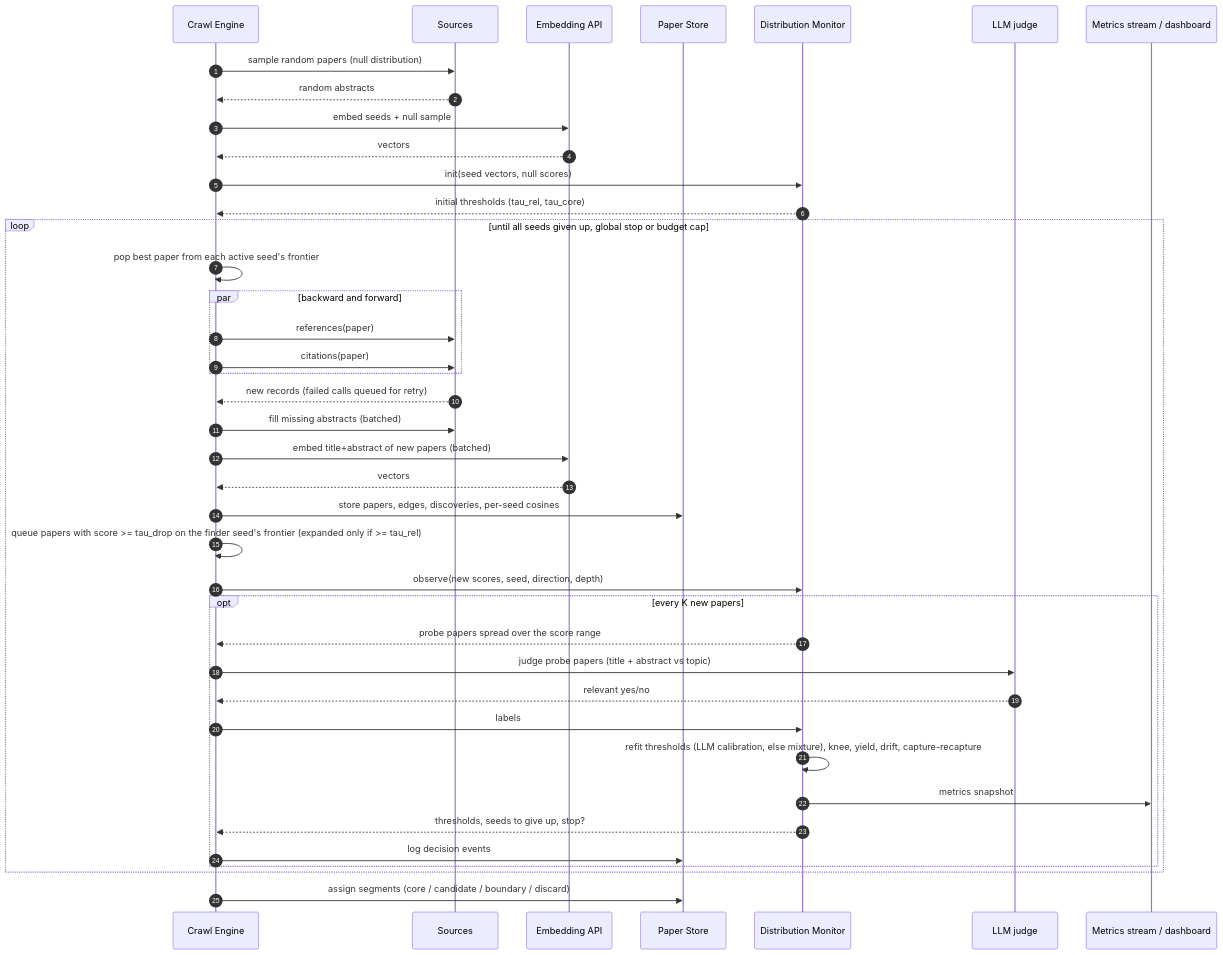
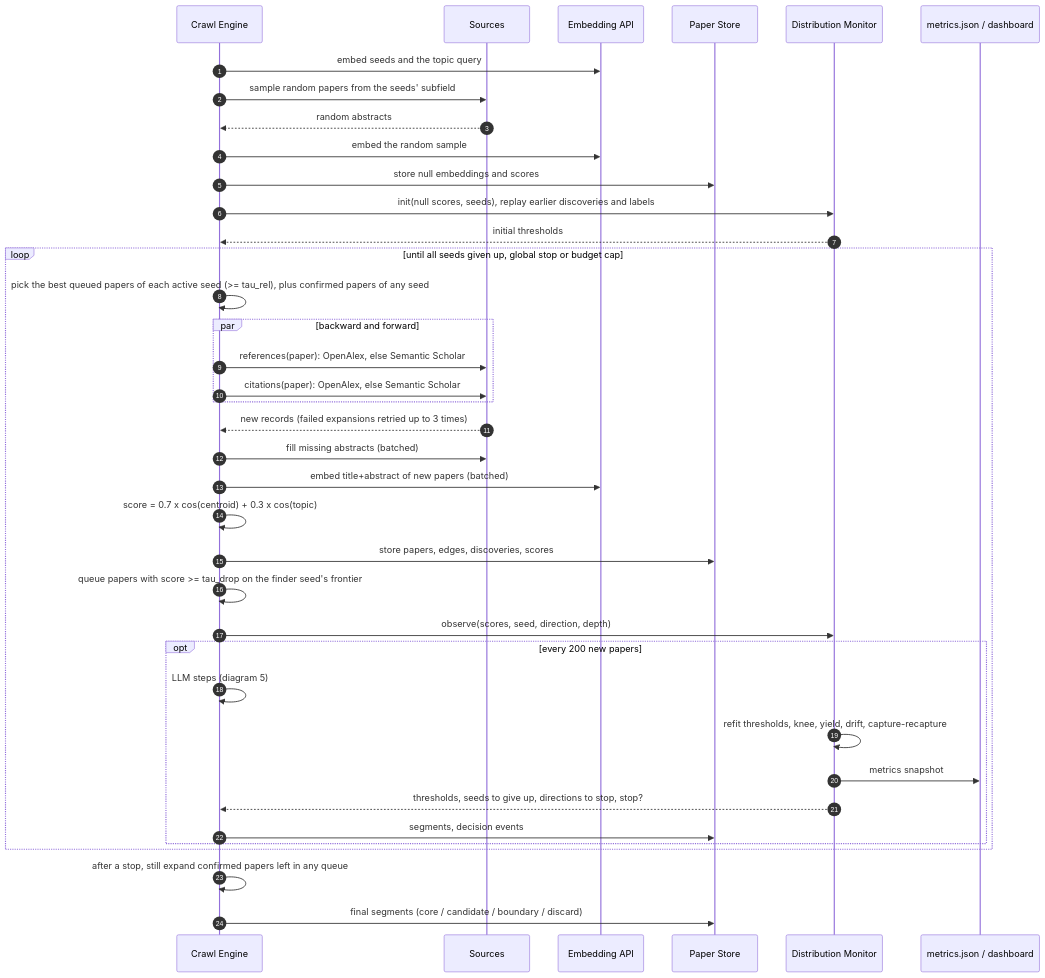
The fourth of 6 diagrams in docs/sequence-diagrams.md (soorimess/litscout), drawn with Mermaid before and after one commit. The commit also changed other lines of this file and 14 other files, not shown here.

````diff
--- a/docs/sequence-diagrams.md
+++ b/docs/sequence-diagrams.md
@@ -68,43 +102,41 @@
 ```mermaid
 sequenceDiagram
     autonumber
     participant CE as Crawl Engine
     participant SRC as Sources
     participant EMB as Embedding API
     participant DB as Paper Store
     participant DM as Distribution Monitor
-    participant LLM as LLM judge
-    participant MS as Metrics stream / dashboard
+    participant MS as metrics.json / dashboard
 
-    CE->>SRC: sample random papers (null distribution)
+    CE->>EMB: embed seeds and the topic query
+    CE->>SRC: sample random papers from the seeds' subfield
     SRC-->>CE: random abstracts
-    CE->>EMB: embed seeds + null sample
-    EMB-->>CE: vectors
-    CE->>DM: init(seed vectors, null scores)
-    DM-->>CE: initial thresholds (tau_rel, tau_core)
+    CE->>EMB: embed the random sample
+    CE->>DB: store null embeddings and scores
+    CE->>DM: init(null scores, seeds), replay earlier discoveries and labels
+    DM-->>CE: initial thresholds
     loop until all seeds given up, global stop or budget cap
-        CE->>CE: pop best paper from each active seed's frontier
+        CE->>CE: pick the best queued papers of each active seed (>= tau_rel), plus confirmed papers of any seed
         par backward and forward
-            CE->>SRC: references(paper)
-            CE->>SRC: citations(paper)
+            CE->>SRC: references(paper): OpenAlex, else Semantic Scholar
+            CE->>SRC: citations(paper): OpenAlex, else Semantic Scholar
         end
-        SRC-->>CE: new records (failed calls queued for retry)
+        SRC-->>CE: new records (failed expansions retried up to 3 times)
         CE->>SRC: fill missing abstracts (batched)
         CE->>EMB: embed title+abstract of new papers (batched)
-        EMB-->>CE: vectors
-        CE->>DB: store papers, edges, discoveries, per-seed cosines
-        CE->>CE: queue papers with score >= tau_drop on the finder seed's frontier (expanded only if >= tau_rel)
-        CE->>DM: observe(new scores, seed, direction, depth)
-        opt every K new papers
-            DM-->>CE: probe papers spread over the score range
-            CE->>LLM: judge probe papers (title + abstract vs topic)
-            LLM-->>CE: relevant yes/no
-            CE->>DM: labels
-            DM->>DM: refit thresholds (LLM calibration, else mixture), knee, yield, drift, capture-recapture
+        CE->>CE: score = 0.7 x cos(centroid) + 0.3 x cos(topic)
+        CE->>DB: store papers, edges, discoveries, scores
+        CE->>CE: queue papers with score >= tau_drop on the finder seed's frontier
+        CE->>DM: observe(scores, seed, direction, depth)
+        opt every 200 new papers
+            CE->>CE: LLM steps (diagram 5)
+            DM->>DM: refit thresholds, knee, yield, drift, capture-recapture
             DM->>MS: metrics snapshot
-            DM-->>CE: thresholds, seeds to give up, stop?
-            CE->>DB: log decision events
+            DM-->>CE: thresholds, seeds to give up, directions to stop, stop?
+            CE->>DB: segments, decision events
         end
     end
-    CE->>DB: assign segments (core / candidate / boundary / discard)
+    CE->>CE: after a stop, still expand confirmed papers left in any queue
+    CE->>DB: final segments (core / candidate / boundary / discard)
 ```
````
